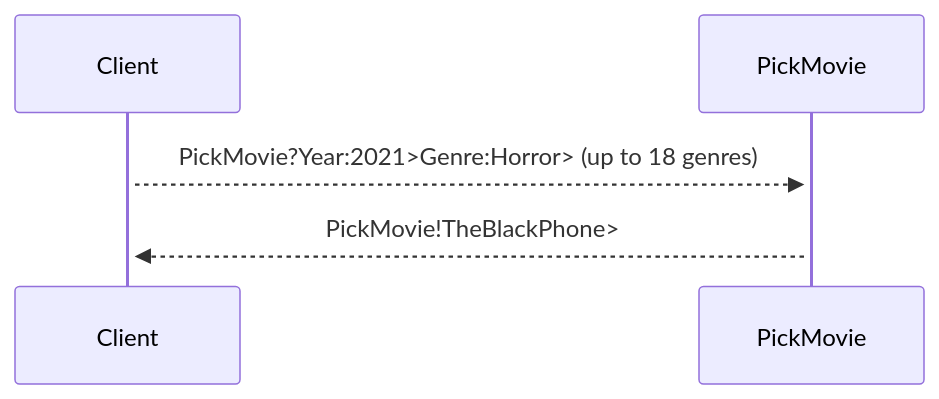
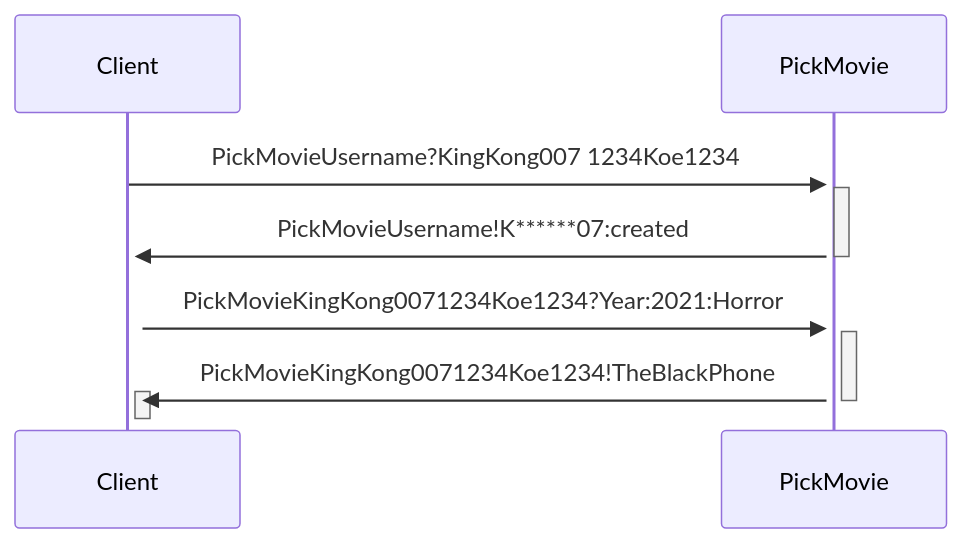
Before and after one commit to CeyhanYildiz/Network_Zmq: the first of 3 diagrams in README.md, drawn with Mermaid. The commit also changed other lines of this file, not shown here.

````diff
--- a/README.md
+++ b/README.md
@@ -12,10 +11,16 @@
 ```mermaid
 sequenceDiagram
     participant Client
     participant PickMovie
 
+    Client->>+PickMovie: PickMovieUsername?KingKong007 1234Koe1234
     activate Client
     activate PickMovie
-    Client-->>+PickMovie: PickMovie?Year:2021>Genre:Horror> (up to 18 genres)
-    PickMovie-->>+Client: PickMovie!TheBlackPhone>
+    PickMovie->>+Client: PickMovieUsername!K******07:created
+    deactivate PickMovie
+    Client->>+PickMovie: PickMovieKingKong0071234Koe1234?Year:2021:Horror
+    activate PickMovie
+    PickMovie->>+Client: PickMovieKingKong0071234Koe1234!TheBlackPhone
+    deactivate PickMovie
+    deactivate Client
 ```
````
